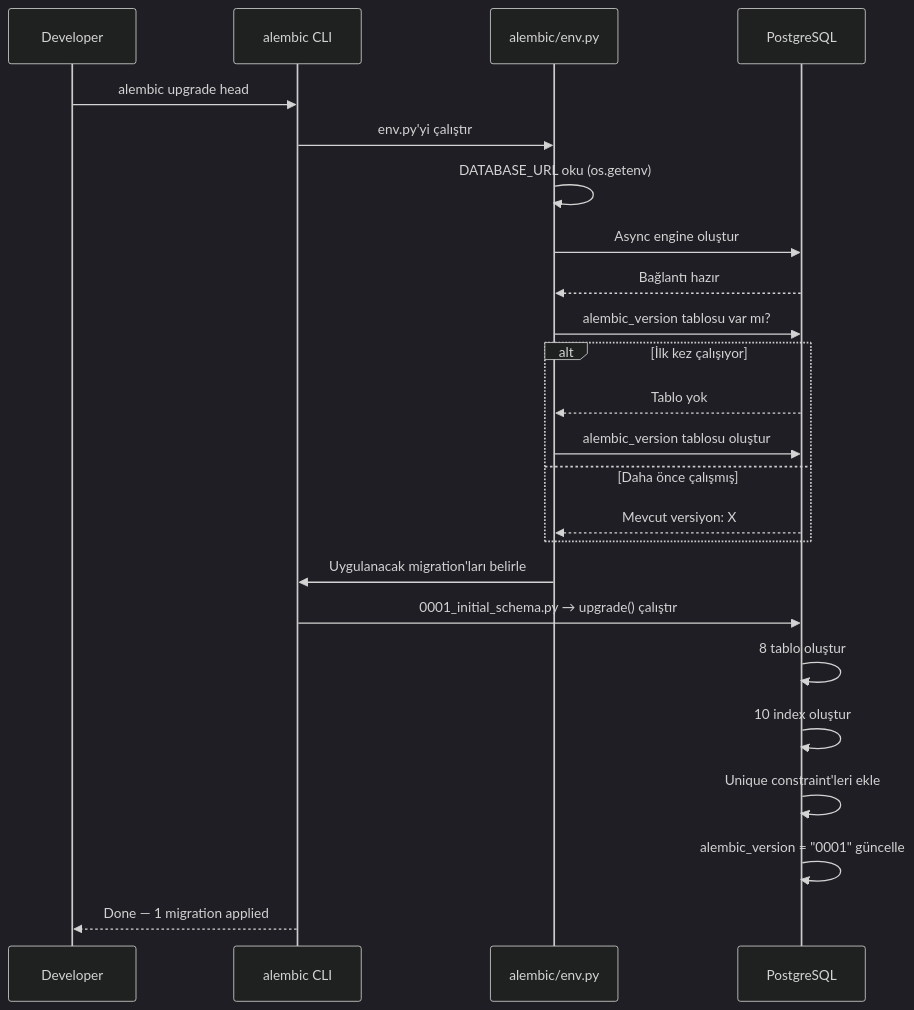
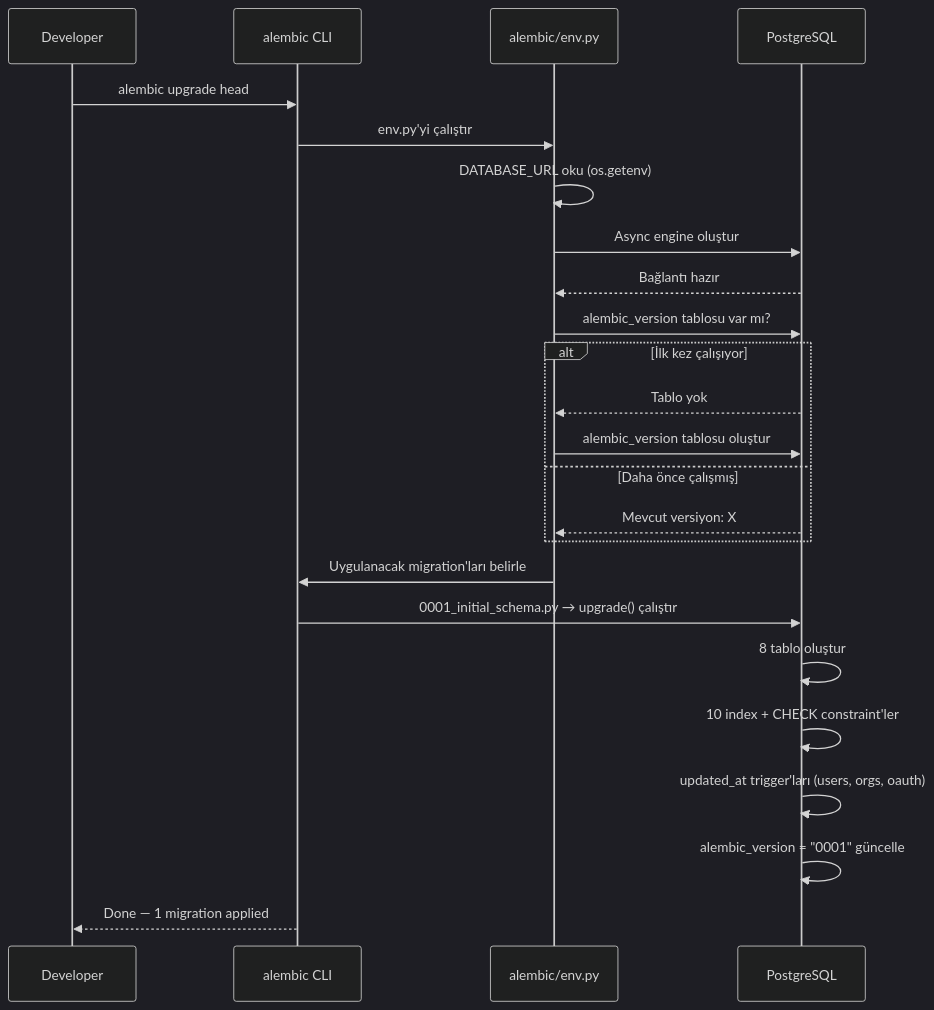
One commit to kutluhaan/AI-Agent-Observatory-House changed the fourth of 6 diagrams in docs/diagrams/mermaid-codes/M2-diagrams.md. Above: the diagram before and after it, drawn with Mermaid (dark theme). The commit also changed other lines of this file and 13 other files, not shown here.

````diff
--- a/docs/diagrams/mermaid-codes/M2-diagrams.md
+++ b/docs/diagrams/mermaid-codes/M2-diagrams.md
@@ -176,27 +176,27 @@
 ```mermaid
 sequenceDiagram
     participant Dev as Developer
     participant CLI as alembic CLI
     participant ENV as alembic/env.py
     participant PG as PostgreSQL
 
     Dev->>CLI: alembic upgrade head
     CLI->>ENV: env.py'yi çalıştır
     ENV->>ENV: DATABASE_URL oku (os.getenv)
     ENV->>PG: Async engine oluştur
     PG-->>ENV: Bağlantı hazır
     ENV->>PG: alembic_version tablosu var mı?
     alt İlk kez çalışıyor
         PG-->>ENV: Tablo yok
         ENV->>PG: alembic_version tablosu oluştur
     else Daha önce çalışmış
         PG-->>ENV: Mevcut versiyon: X
     end
     ENV->>CLI: Uygulanacak migration'ları belirle
     CLI->>PG: 0001_initial_schema.py → upgrade() çalıştır
     PG->>PG: 8 tablo oluştur
-    PG->>PG: 10 index oluştur
-    PG->>PG: Unique constraint'leri ekle
+    PG->>PG: 10 index + CHECK constraint'ler
+    PG->>PG: updated_at trigger'ları (users, orgs, oauth)
     PG->>PG: alembic_version = "0001" güncelle
     CLI-->>Dev: Done — 1 migration applied
 ```
````
